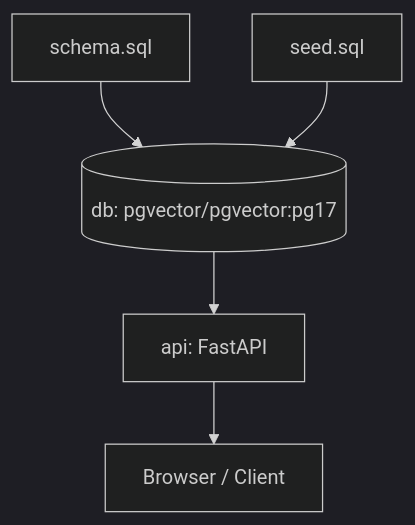
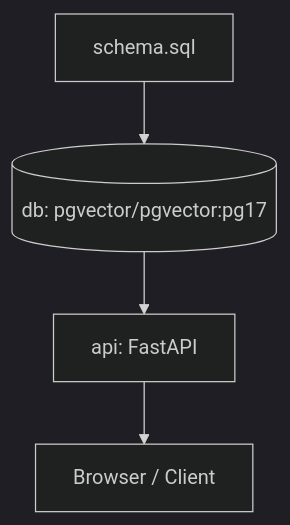
One commit to AI-02-2/AI_SYS changed the diagram in code/docs/images/container-graph.mmd. Above: the diagram before and after it, drawn with Mermaid (dark theme). The commit also changed 25 other files, not shown here.

Commit message:
chore: remove dummy data paths and stabilize iOS/backend flow

```diff
--- a/code/docs/images/container-graph.mmd
+++ b/code/docs/images/container-graph.mmd
@@ -1,5 +1,4 @@
 graph TD
     DB[(db: pgvector/pgvector:pg17)] --> API[api: FastAPI]
     API --> USER[Browser / Client]
     INIT1[schema.sql] --> DB
-    INIT2[seed.sql] --> DB
```
